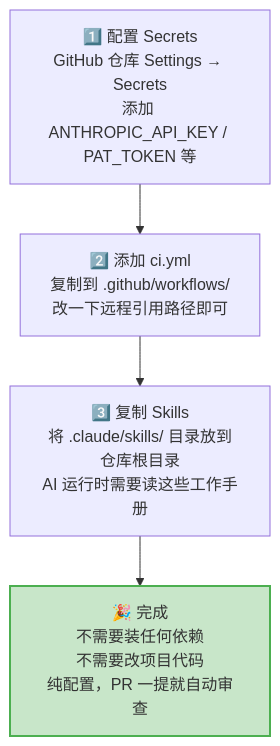
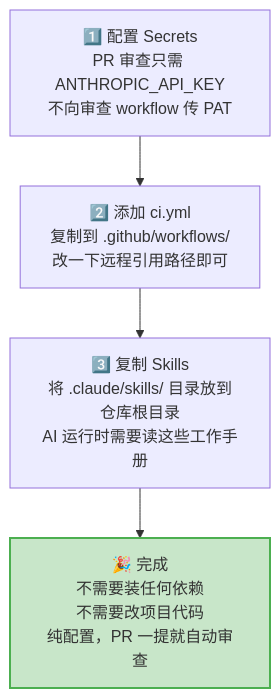
Before and after one commit to Lightspeed-Intelligence/agentic-workflow-template: diagram 12 of 13 in docs/code-review-design.md, drawn with Mermaid. The commit also changed other lines of this file and 3 other files, not shown here.

Commit message:
feat(pr-review): isolate agents from GitHub writes

````diff
--- a/docs/code-review-design.md
+++ b/docs/code-review-design.md
@@ -356,11 +380,11 @@
 ```mermaid
 flowchart TD
-    A["1️⃣ 配置 Secrets<br/>GitHub 仓库 Settings → Secrets<br/>添加 ANTHROPIC_API_KEY / PAT_TOKEN 等"]
+    A["1️⃣ 配置 Secrets<br/>PR 审查只需 ANTHROPIC_API_KEY<br/>不向审查 workflow 传 PAT"]
     B["2️⃣ 添加 ci.yml<br/>复制到 .github/workflows/<br/>改一下远程引用路径即可"]
     C["3️⃣ 复制 Skills<br/>将 .claude/skills/ 目录放到仓库根目录<br/>AI 运行时需要读这些工作手册"]
     D["🎉 完成<br/>不需要装任何依赖<br/>不需要改项目代码<br/>纯配置，PR 一提就自动审查"]
 
     A --> B --> C --> D
 
     style D fill:#c8e6c9,stroke:#4CAF50,stroke-width:2px
 ```
````
